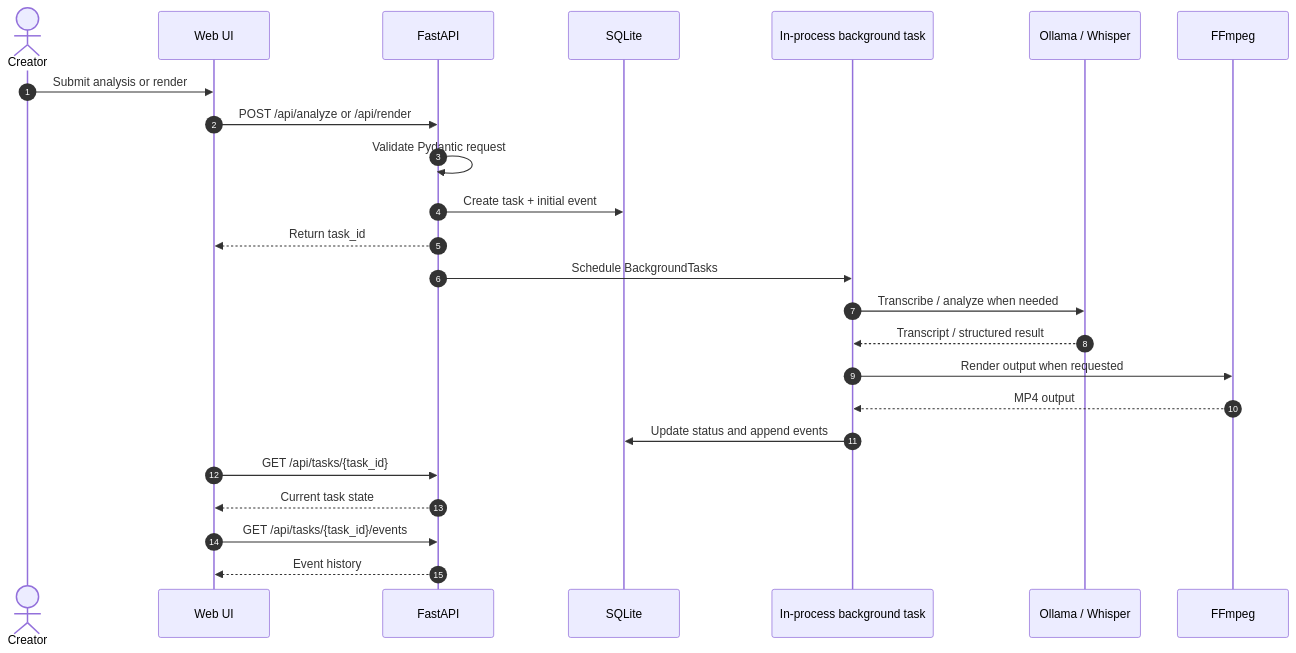
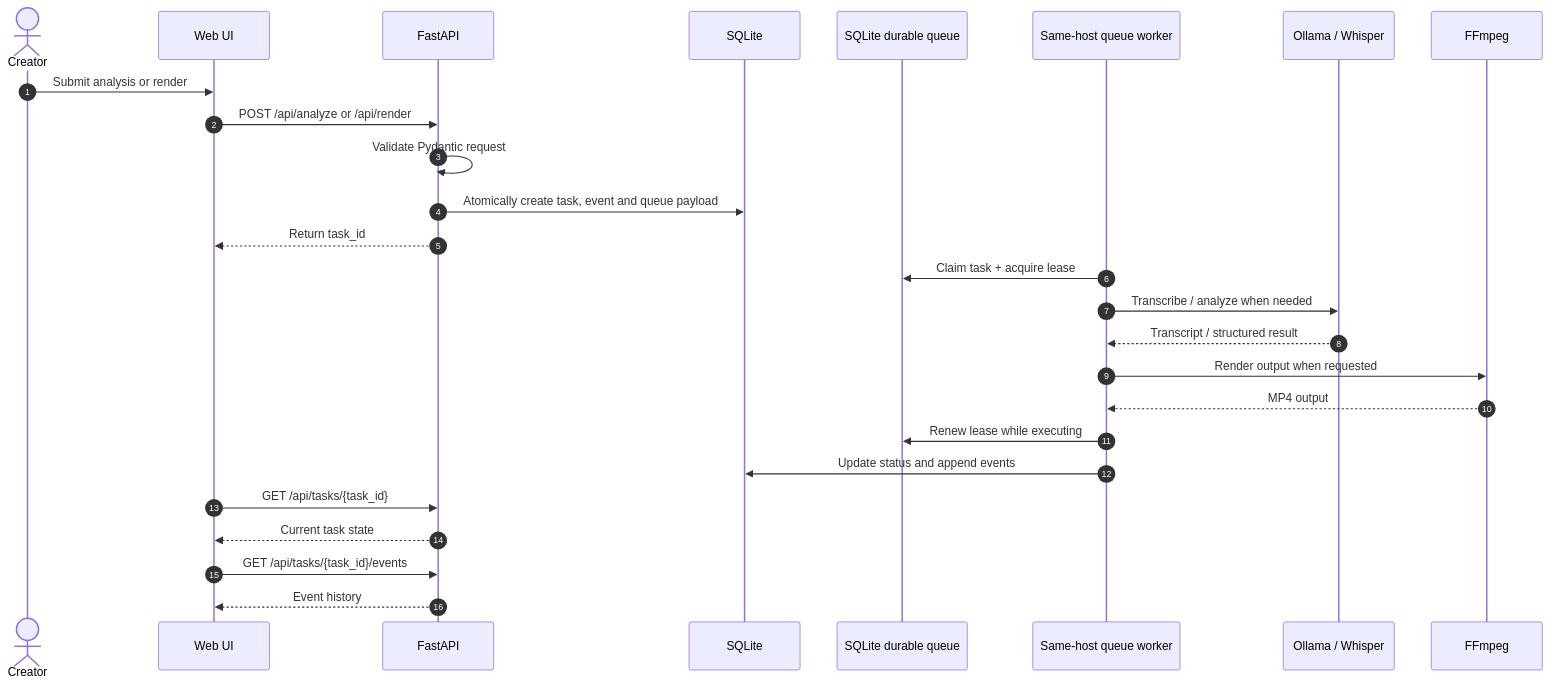
One commit to Myozan/YAMAN-VIRAL-STUDIO-PRO changed the second of 4 diagrams in docs/ENGINEERING-ARCHITECTURE.md. Above: the diagram before and after it, drawn with Mermaid. The commit also changed other lines of this file and 16 other files, not shown here.

Commit message:
feat: add durable SQLite task queue and worker failover

````diff
--- a/docs/ENGINEERING-ARCHITECTURE.md
+++ b/docs/ENGINEERING-ARCHITECTURE.md
@@ -54,26 +55,28 @@
 ```mermaid
 sequenceDiagram
   autonumber
   actor Creator
   participant UI as Web UI
   participant API as FastAPI
   participant DB as SQLite
-  participant Worker as In-process background task
+  participant Queue as SQLite durable queue
+  participant Worker as Same-host queue worker
   participant AI as Ollama / Whisper
   participant Media as FFmpeg
   Creator->>UI: Submit analysis or render
   UI->>API: POST /api/analyze or /api/render
   API->>API: Validate Pydantic request
-  API->>DB: Create task + initial event
+  API->>DB: Atomically create task, event and queue payload
   API-->>UI: Return task_id
-  API->>Worker: Schedule BackgroundTasks
+  Worker->>Queue: Claim task + acquire lease
   Worker->>AI: Transcribe / analyze when needed
   AI-->>Worker: Transcript / structured result
   Worker->>Media: Render output when requested
   Media-->>Worker: MP4 output
+  Worker->>Queue: Renew lease while executing
   Worker->>DB: Update status and append events
   UI->>API: GET /api/tasks/{task_id}
   API-->>UI: Current task state
   UI->>API: GET /api/tasks/{task_id}/events
   API-->>UI: Event history
 ```
````
